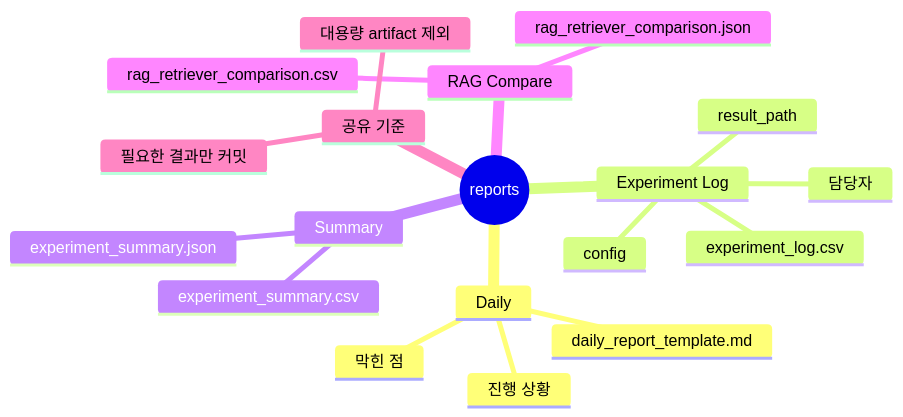
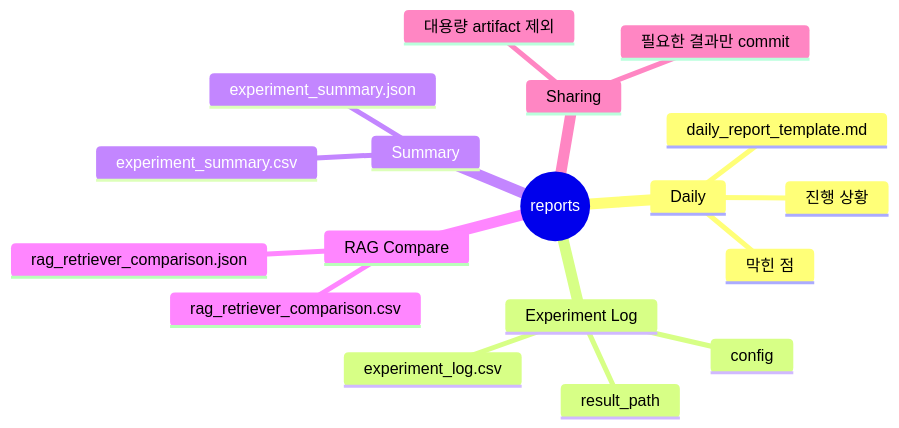
One commit to Codeit-Part3-6Team/Codeit-Part3-6Team-Project changed the diagram in reports/README.md. Above: the diagram before and after it, drawn with Mermaid. The commit also changed other lines of this file and 16 other files, not shown here.

````diff
--- a/reports/README.md
+++ b/reports/README.md
@@ -7,22 +7,21 @@
 ```mermaid
 mindmap
   root((reports))
     Daily
       daily_report_template.md
       진행 상황
       막힌 점
     Experiment Log
       experiment_log.csv
-      담당자
       config
       result_path
     Summary
       experiment_summary.csv
       experiment_summary.json
     RAG Compare
       rag_retriever_comparison.csv
       rag_retriever_comparison.json
-    공유 기준
-      필요한 결과만 커밋
+    Sharing
+      필요한 결과만 commit
       대용량 artifact 제외
 ```
````
